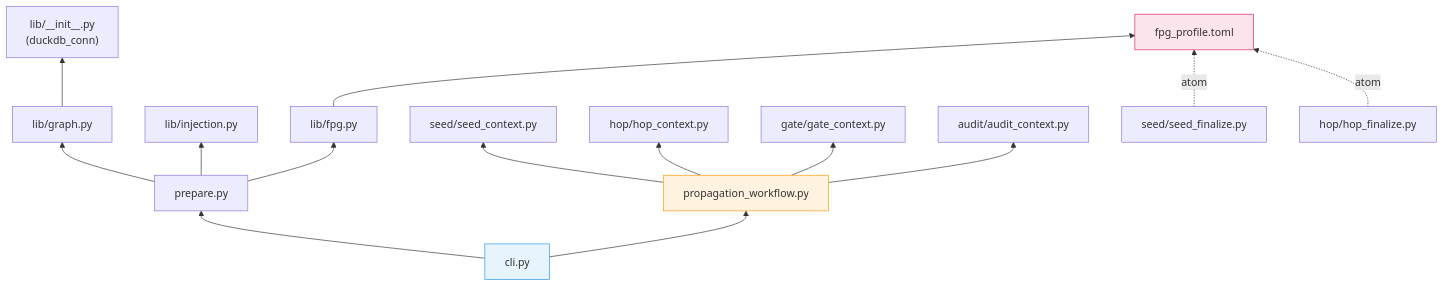
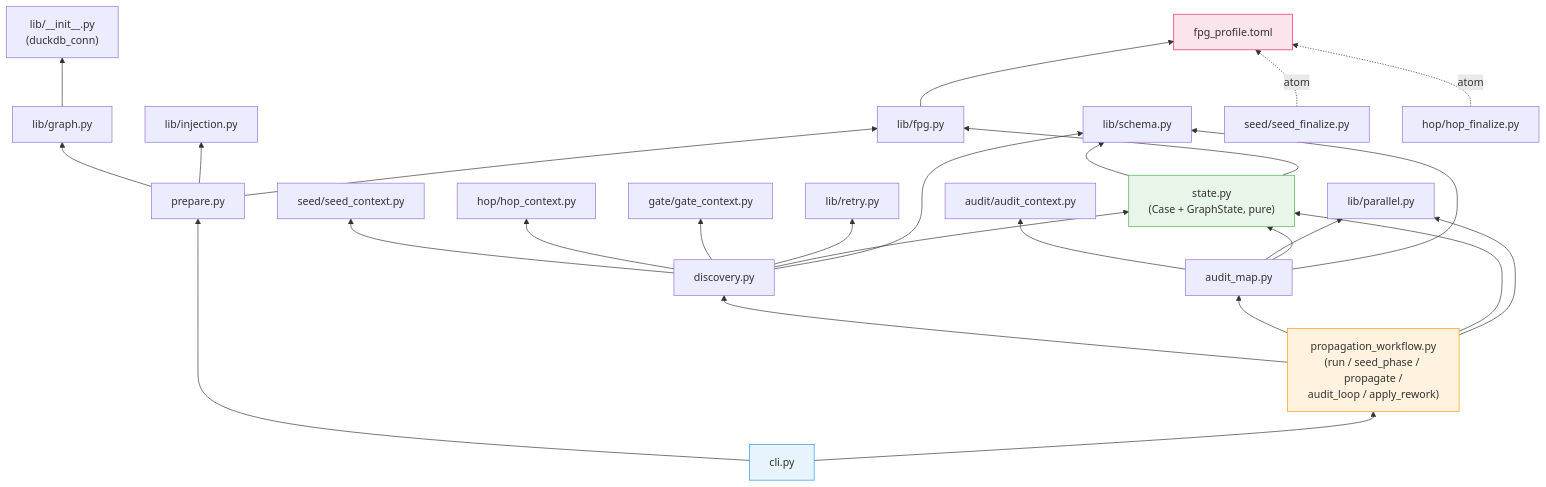
One commit to Lincyaw/AgentM changed the fourth of 5 diagrams in contrib/scenarios/verifier/README.md. Above: the diagram before and after it, drawn with Mermaid. The commit also changed other lines of this file and 14 other files, not shown here.

First line of the commit message:
Refactor verifier workflow into pure-core / effectful-shell modules

````diff
--- a/contrib/scenarios/verifier/README.md
+++ b/contrib/scenarios/verifier/README.md
@@ -196,20 +210,36 @@
 ```mermaid
 graph BT
     CLI["cli.py"] --> PREPARE["prepare.py"]
-    CLI --> WF["propagation_workflow.py"]
+    CLI --> WF["propagation_workflow.py<br/>(run / seed_phase / propagate /<br/>audit_loop / apply_rework)"]
     PREPARE --> LIB_G["lib/graph.py"]
     PREPARE --> LIB_I["lib/injection.py"]
     PREPARE --> LIB_F["lib/fpg.py"]
     LIB_G --> LIB_INIT["lib/__init__.py<br/>(duckdb_conn)"]
-    WF --> SEED_CTX["seed/seed_context.py"]
-    WF --> HOP_CTX["hop/hop_context.py"]
-    WF --> GATE_CTX["gate/gate_context.py"]
-    WF --> AUDIT_CTX["audit/audit_context.py"]
+
+    WF --> DISC["discovery.py"]
+    WF --> AUD["audit_map.py"]
+    WF --> STATE["state.py<br/>(Case + GraphState, pure)"]
+    WF --> PAR["lib/parallel.py"]
+
+    DISC --> SEED_CTX["seed/seed_context.py"]
+    DISC --> HOP_CTX["hop/hop_context.py"]
+    DISC --> GATE_CTX["gate/gate_context.py"]
+    DISC --> RETRY["lib/retry.py"]
+    DISC --> STATE
+    AUD --> AUDIT_CTX["audit/audit_context.py"]
+    AUD --> PAR
+    AUD --> STATE
+    DISC --> SCHEMA["lib/schema.py"]
+    AUD --> SCHEMA
+    STATE --> SCHEMA
+    STATE --> LIB_F
+
     SEED_FIN["seed/seed_finalize.py"] -.->|"atom"| FPG_PROF["fpg_profile.toml"]
     HOP_FIN["hop/hop_finalize.py"] -.->|"atom"| FPG_PROF
     LIB_F --> FPG_PROF
 
     style CLI fill:#e8f4fd,stroke:#2196f3
     style WF fill:#fff3e0,stroke:#ff9800
+    style STATE fill:#e8f5e9,stroke:#4caf50
     style FPG_PROF fill:#fce4ec,stroke:#e91e63
 ```
````
